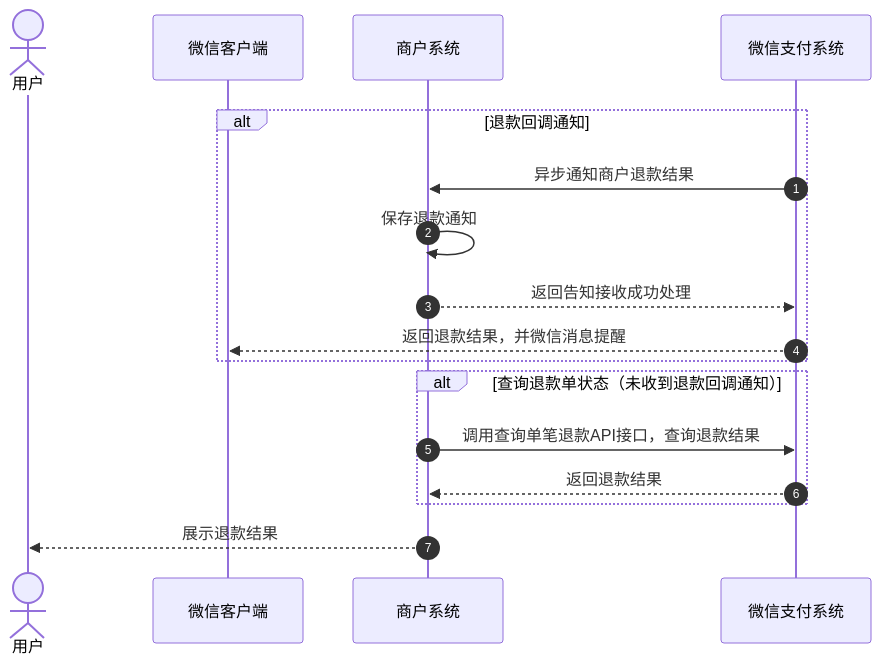
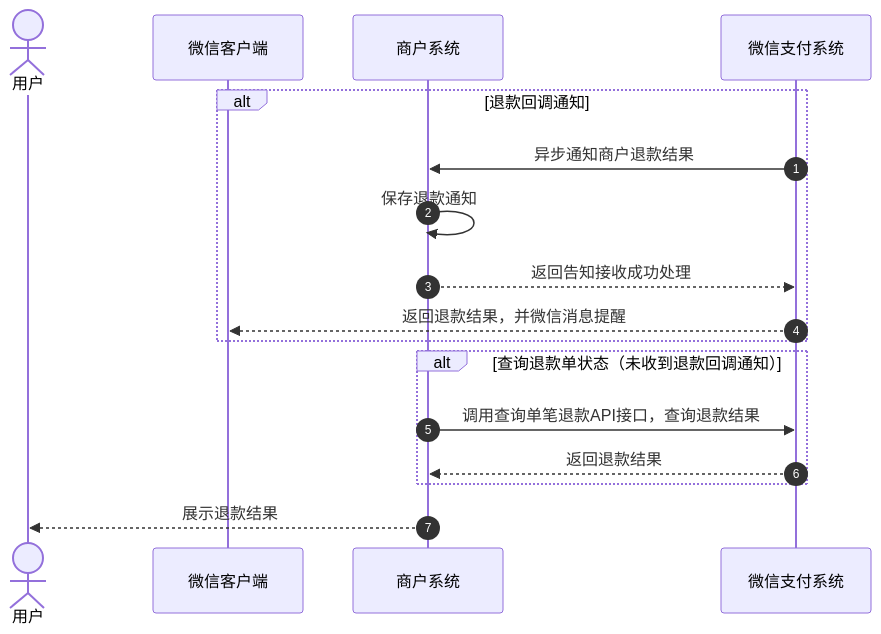
The third of 5 diagrams in docs/merchant/pages/4013071031.md (minibear2021/wechatpay_docs), drawn with Mermaid before and after one commit. The commit also changed other lines of this file and 18 other files, not shown here.

````diff
--- a/docs/merchant/pages/4013071031.md
+++ b/docs/merchant/pages/4013071031.md
@@ -70,24 +76,23 @@
 ```mermaid
 sequenceDiagram
-    rect rgb(255,255,255)
-        autonumber
+%% xwatt: autonumber ea
+autonumber
         actor User as 用户
         participant P2 as 微信客户端
         participant Mch as 商户系统
         participant WxPay as 微信支付系统
 
         alt 退款回调通知
             WxPay->>Mch: 异步通知商户退款结果
             Mch->>Mch: 保存退款通知
             Mch-->>WxPay: 返回告知接收成功处理
             WxPay-->>P2: 返回退款结果，并微信消息提醒
         end
 
         alt 查询退款单状态（未收到退款回调通知）
             Mch->>WxPay: 调用查询单笔退款API接口，查询退款结果
             WxPay-->>Mch: 返回退款结果
         end
 
         Mch-->>User: 展示退款结果
-    end
 ```
````
